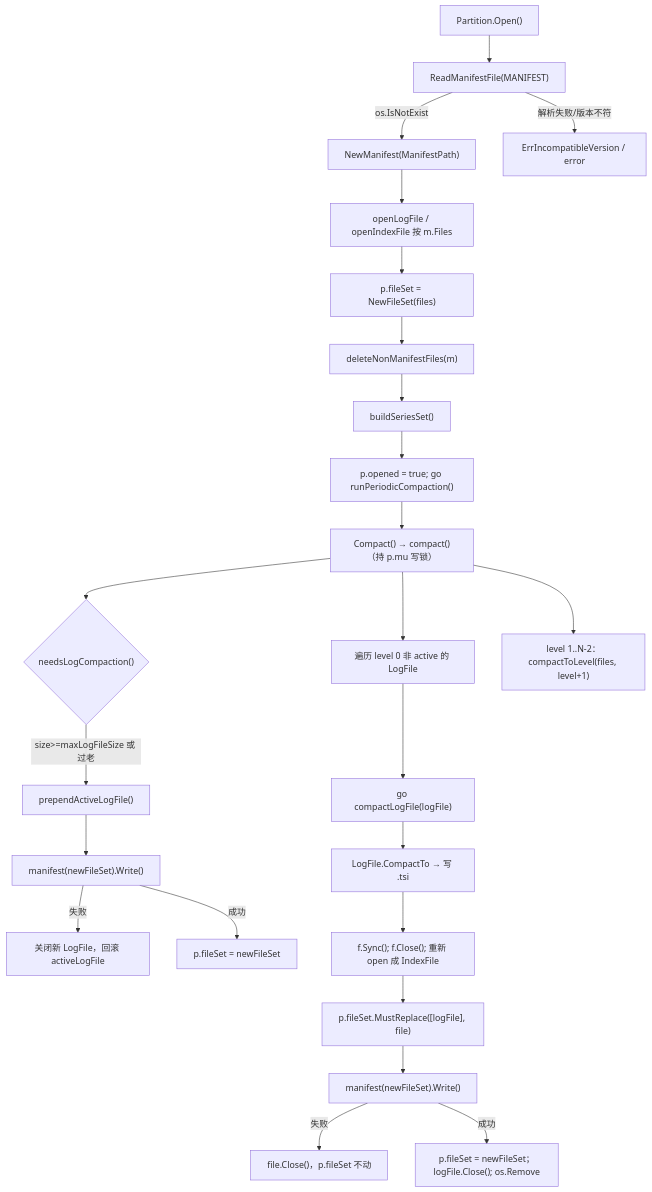
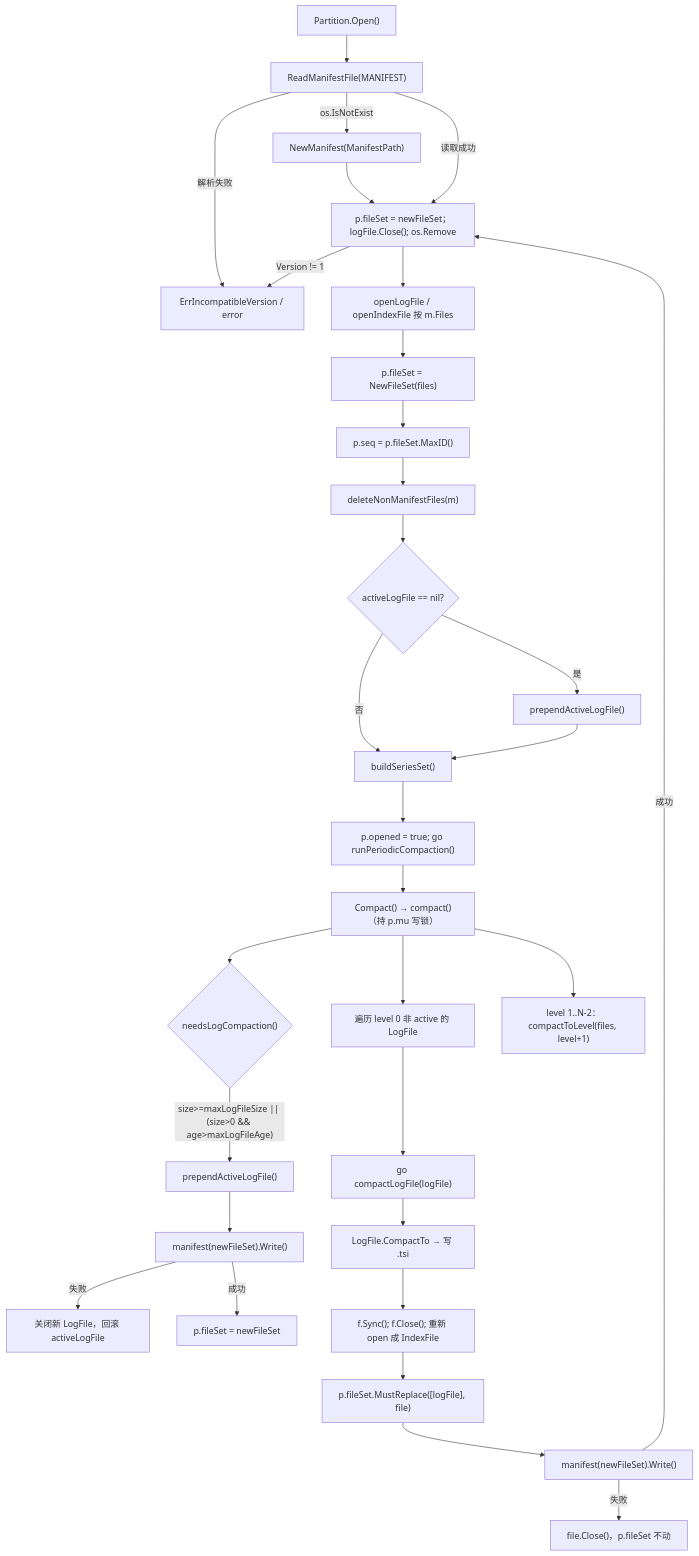
Before and after one commit to stefanv5/influxdb: the first of 3 diagrams in docs/specs/v1.8.10-vs-v1.12.3/02_index_series_diff.md, drawn with Mermaid. The commit also changed other lines of this file and 7 other files, not shown here.

First line of the commit message:
docs: fix code snippets and flows in the version-diff study

````diff
--- a/docs/specs/v1.8.10-vs-v1.12.3/02_index_series_diff.md
+++ b/docs/specs/v1.8.10-vs-v1.12.3/02_index_series_diff.md
@@ -64,27 +64,34 @@
 ```mermaid
 flowchart TD
     A["Partition.Open()"] --> B["ReadManifestFile(MANIFEST)"]
     B -->|"os.IsNotExist"| C["NewManifest(ManifestPath)"]
-    B -->|"解析失败/版本不符"| X["ErrIncompatibleVersion / error"]
-    C --> D["openLogFile / openIndexFile 按 m.Files"]
+    B -->|"解析失败"| X["ErrIncompatibleVersion / error"]
+    C --> V["m.Validate()"]
+    B -->|"读取成功"| V
+    V -->|"Version != 1"| X
+    V --> D["openLogFile / openIndexFile 按 m.Files"]
     D --> E["p.fileSet = NewFileSet(files)"]
-    E --> F["deleteNonManifestFiles(m)"]
-    F --> G["buildSeriesSet()"]
+    E --> SQ["p.seq = p.fileSet.MaxID()"]
+    SQ --> F["deleteNonManifestFiles(m)"]
+    F --> PF{"activeLogFile == nil?"}
+    PF -->|"是"| PG["prependActiveLogFile()"]
+    PF -->|"否"| G["buildSeriesSet()"]
+    PG --> G
     G --> H["p.opened = true; go runPeriodicCompaction()"]
     H --> I["Compact() → compact()（持 p.mu 写锁）"]
 
     I --> J{"needsLogCompaction()"}
-    J -->|"size>=maxLogFileSize 或 过老"| K["prependActiveLogFile()"]
+    J -->|"size>=maxLogFileSize || (size>0 && age>maxLogFileAge)"| K["prependActiveLogFile()"]
     K --> L["manifest(newFileSet).Write()"]
     L -->|"失败"| M["关闭新 LogFile，回滚 activeLogFile"]
     L -->|"成功"| N["p.fileSet = newFileSet"]
     I --> O["遍历 level 0 非 active 的 LogFile"]
     O --> P["go compactLogFile(logFile)"]
     P --> Q["LogFile.CompactTo → 写 .tsi"]
     Q --> R["f.Sync(); f.Close(); 重新 open 成 IndexFile"]
     R --> S["p.fileSet.MustReplace([logFile], file)"]
     S --> T["manifest(newFileSet).Write()"]
     T -->|"失败"| U["file.Close()，p.fileSet 不动"]
     T -->|"成功"| V["p.fileSet = newFileSet；logFile.Close(); os.Remove"]
     I --> W["level 1..N-2：compactToLevel(files, level+1)"]
 ```
````
